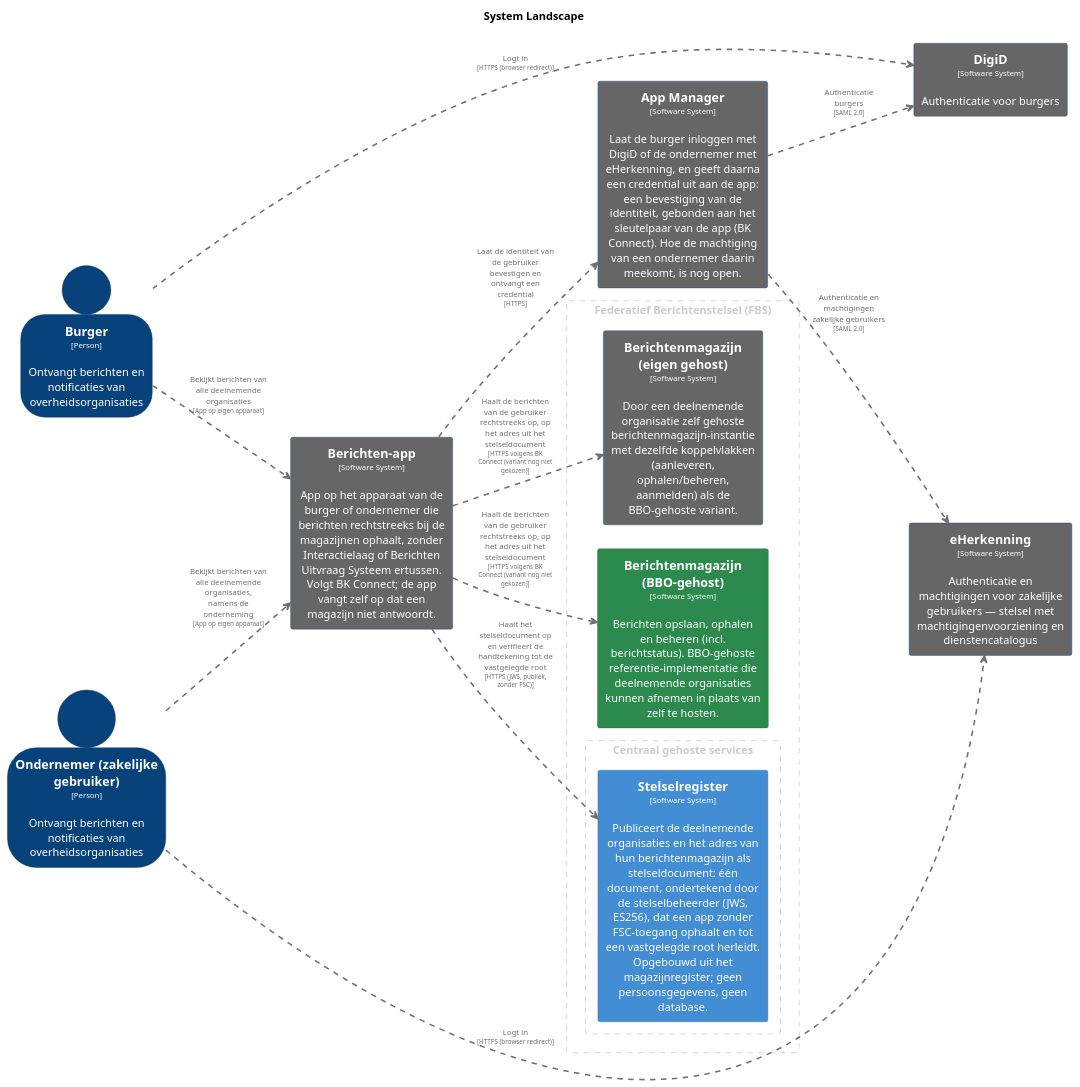
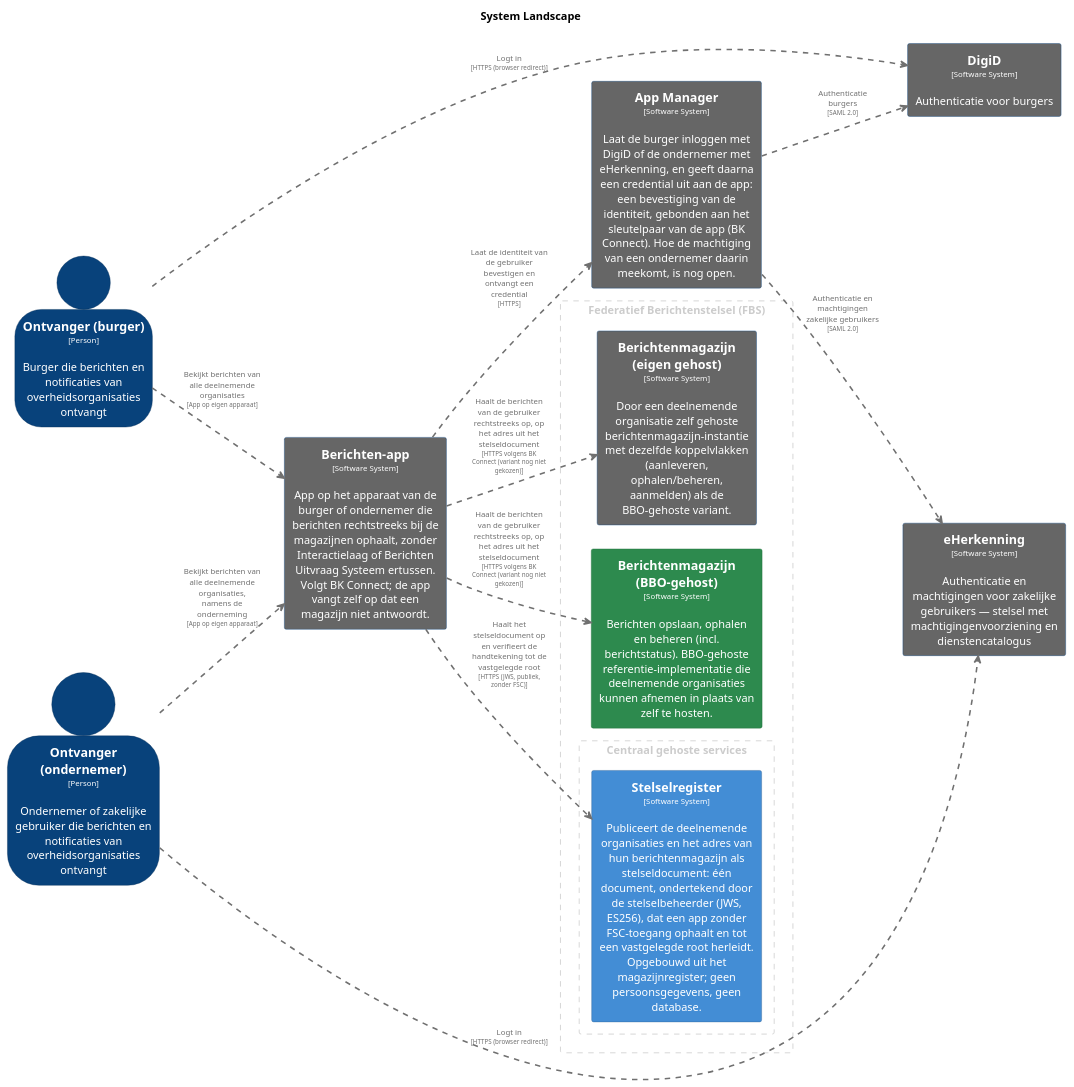
The diagram in pr-preview/pr-447/master/puml/RechtstreeksOphalen.puml (MinBZK/moza-poc-fbs-berichtenbox), drawn with PlantUML before and after one commit. The commit also changed 114 other files, not shown here.

```diff
--- a/pr-preview/pr-447/master/puml/RechtstreeksOphalen.puml
+++ b/pr-preview/pr-447/master/puml/RechtstreeksOphalen.puml
@@ -1,107 +1,107 @@
 @startuml
 set separator none
 title System Landscape
 
 left to right direction
 skinparam ranksep 60
 skinparam nodesep 30
 
 skinparam {
   arrowFontSize 10
   defaultTextAlignment center
   wrapWidth 200
   maxMessageSize 100
 }
 
 hide stereotype
 
 skinparam rectangle<<AppManager>> {
   BackgroundColor #666666
   FontColor #ffffff
   BorderColor #0b4884
   shadowing false
 }
 skinparam rectangle<<Berichtenapp>> {
   BackgroundColor #666666
   FontColor #ffffff
   BorderColor #0b4884
   shadowing false
 }
 skinparam rectangle<<BerichtenmagazijnBBOgehost>> {
   BackgroundColor #2d8a4e
   FontColor #ffffff
   BorderColor #1e6b38
   shadowing false
 }
 skinparam rectangle<<Berichtenmagazijneigengehost>> {
   BackgroundColor #666666
   FontColor #ffffff
   BorderColor #0b4884
   shadowing false
 }
-skinparam person<<Burger>> {
-  BackgroundColor #08427b
-  FontColor #ffffff
-  BorderColor #052e56
-  shadowing false
-}
 skinparam rectangle<<DigiD>> {
   BackgroundColor #666666
   FontColor #ffffff
   BorderColor #0b4884
   shadowing false
 }
-skinparam person<<Ondernemerzakelijkegebruiker>> {
+skinparam person<<Ontvangerburger>> {
+  BackgroundColor #08427b
+  FontColor #ffffff
+  BorderColor #052e56
+  shadowing false
+}
+skinparam person<<Ontvangerondernemer>> {
   BackgroundColor #08427b
   FontColor #ffffff
   BorderColor #052e56
   shadowing false
 }
 skinparam rectangle<<Stelselregister>> {
   BackgroundColor #438dd5
   FontColor #ffffff
   BorderColor #2e6295
   shadowing false
 }
 skinparam rectangle<<eHerkenning>> {
   BackgroundColor #666666
   FontColor #ffffff
   BorderColor #0b4884
   shadowing false
 }
 
 rectangle "Federatief Berichtenstelsel (FBS)" <<group1>> as group1 {
   skinparam RectangleBorderColor<<group1>> #cccccc
   skinparam RectangleFontColor<<group1>> #cccccc
   skinparam RectangleBorderStyle<<group1>> dashed
 
   rectangle "==Berichtenmagazijn (eigen gehost)\n<size:10>[Software System]</size>\n\nDoor een deelnemende organisatie zelf gehoste berichtenmagazijn-instantie met dezelfde koppelvlakken (aanleveren, ophalen/beheren, aanmelden) als de BBO-gehoste variant." <<Berichtenmagazijneigengehost>> as Berichtenmagazijneigengehost
   rectangle "==Berichtenmagazijn (BBO-gehost)\n<size:10>[Software System]</size>\n\nBerichten opslaan, ophalen en beheren (incl. berichtstatus). BBO-gehoste referentie-implementatie die deelnemende organisaties kunnen afnemen in plaats van zelf te hosten." <<BerichtenmagazijnBBOgehost>> as BerichtenmagazijnBBOgehost
     rectangle "Centraal gehoste services" <<group2>> as group2 {
       skinparam RectangleBorderColor<<group2>> #cccccc
       skinparam RectangleFontColor<<group2>> #cccccc
       skinparam RectangleBorderStyle<<group2>> dashed
 
       rectangle "==Stelselregister\n<size:10>[Software System]</size>\n\nPubliceert de deelnemende organisaties en het adres van hun berichtenmagazijn als stelseldocument: één document, ondertekend door de stelselbeheerder (JWS, ES256), dat een app zonder FSC-toegang ophaalt en tot een vastgelegde root herleidt. Opgebouwd uit het magazijnregister; geen persoonsgegevens, geen database." <<Stelselregister>> as Stelselregister
     }
 
 }
 
-person "==Burger\n<size:10>[Person]</size>\n\nOntvangt berichten en notificaties van overheidsorganisaties" <<Burger>> as Burger
+person "==Ontvanger (burger)\n<size:10>[Person]</size>\n\nBurger die berichten en notificaties van overheidsorganisaties ontvangt" <<Ontvangerburger>> as Ontvangerburger
 rectangle "==DigiD\n<size:10>[Software System]</size>\n\nAuthenticatie voor burgers" <<DigiD>> as DigiD
 rectangle "==Berichten-app\n<size:10>[Software System]</size>\n\nApp op het apparaat van de burger of ondernemer die berichten rechtstreeks bij de magazijnen ophaalt, zonder Interactielaag of Berichten Uitvraag Systeem ertussen. Volgt BK Connect; de app vangt zelf op dat een magazijn niet antwoordt." <<Berichtenapp>> as Berichtenapp
 rectangle "==App Manager\n<size:10>[Software System]</size>\n\nLaat de burger inloggen met DigiD of de ondernemer met eHerkenning, en geeft daarna een credential uit aan de app: een bevestiging van de identiteit, gebonden aan het sleutelpaar van de app (BK Connect). Hoe de machtiging van een ondernemer daarin meekomt, is nog open." <<AppManager>> as AppManager
-person "==Ondernemer (zakelijke gebruiker)\n<size:10>[Person]</size>\n\nOntvangt berichten en notificaties van overheidsorganisaties" <<Ondernemerzakelijkegebruiker>> as Ondernemerzakelijkegebruiker
+person "==Ontvanger (ondernemer)\n<size:10>[Person]</size>\n\nOndernemer of zakelijke gebruiker die berichten en notificaties van overheidsorganisaties ontvangt" <<Ontvangerondernemer>> as Ontvangerondernemer
 rectangle "==eHerkenning\n<size:10>[Software System]</size>\n\nAuthenticatie en machtigingen voor zakelijke gebruikers — stelsel met machtigingenvoorziening en dienstencatalogus" <<eHerkenning>> as eHerkenning
 
-Burger .[#707070,thickness=2].> DigiD : "<color:#707070>Logt in\n<color:#707070><size:8>[HTTPS (browser redirect)]</size>"
-Ondernemerzakelijkegebruiker .[#707070,thickness=2].> eHerkenning : "<color:#707070>Logt in\n<color:#707070><size:8>[HTTPS (browser redirect)]</size>"
-Burger .[#707070,thickness=2].> Berichtenapp : "<color:#707070>Bekijkt berichten van alle deelnemende organisaties\n<color:#707070><size:8>[App op eigen apparaat]</size>"
-Ondernemerzakelijkegebruiker .[#707070,thickness=2].> Berichtenapp : "<color:#707070>Bekijkt berichten van alle deelnemende organisaties, namens de onderneming\n<color:#707070><size:8>[App op eigen apparaat]</size>"
+Ontvangerburger .[#707070,thickness=2].> DigiD : "<color:#707070>Logt in\n<color:#707070><size:8>[HTTPS (browser redirect)]</size>"
+Ontvangerondernemer .[#707070,thickness=2].> eHerkenning : "<color:#707070>Logt in\n<color:#707070><size:8>[HTTPS (browser redirect)]</size>"
+Ontvangerburger .[#707070,thickness=2].> Berichtenapp : "<color:#707070>Bekijkt berichten van alle deelnemende organisaties\n<color:#707070><size:8>[App op eigen apparaat]</size>"
+Ontvangerondernemer .[#707070,thickness=2].> Berichtenapp : "<color:#707070>Bekijkt berichten van alle deelnemende organisaties, namens de onderneming\n<color:#707070><size:8>[App op eigen apparaat]</size>"
 Berichtenapp .[#707070,thickness=2].> AppManager : "<color:#707070>Laat de identiteit van de gebruiker bevestigen en ontvangt een credential\n<color:#707070><size:8>[HTTPS]</size>"
 AppManager .[#707070,thickness=2].> DigiD : "<color:#707070>Authenticatie burgers\n<color:#707070><size:8>[SAML 2.0]</size>"
 AppManager .[#707070,thickness=2].> eHerkenning : "<color:#707070>Authenticatie en machtigingen zakelijke gebruikers\n<color:#707070><size:8>[SAML 2.0]</size>"
 Berichtenapp .[#707070,thickness=2].> Stelselregister : "<color:#707070>Haalt het stelseldocument op en verifieert de handtekening tot de vastgelegde root\n<color:#707070><size:8>[HTTPS (JWS, publiek, zonder FSC)]</size>"
 Berichtenapp .[#707070,thickness=2].> BerichtenmagazijnBBOgehost : "<color:#707070>Haalt de berichten van de gebruiker rechtstreeks op, op het adres uit het stelseldocument\n<color:#707070><size:8>[HTTPS volgens BK Connect (variant nog niet gekozen)]</size>"
 Berichtenapp .[#707070,thickness=2].> Berichtenmagazijneigengehost : "<color:#707070>Haalt de berichten van de gebruiker rechtstreeks op, op het adres uit het stelseldocument\n<color:#707070><size:8>[HTTPS volgens BK Connect (variant nog niet gekozen)]</size>"
 @enduml
```
